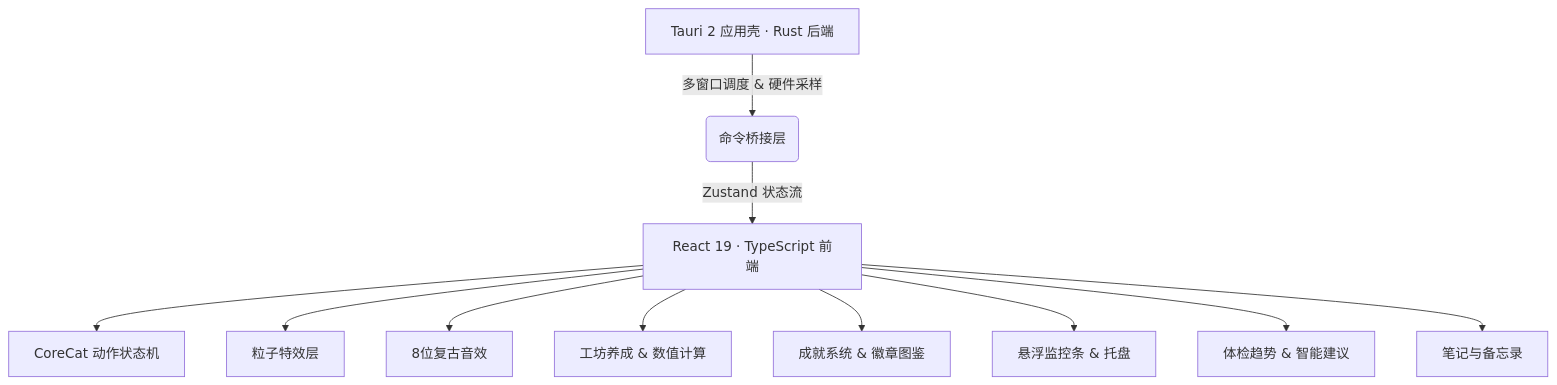
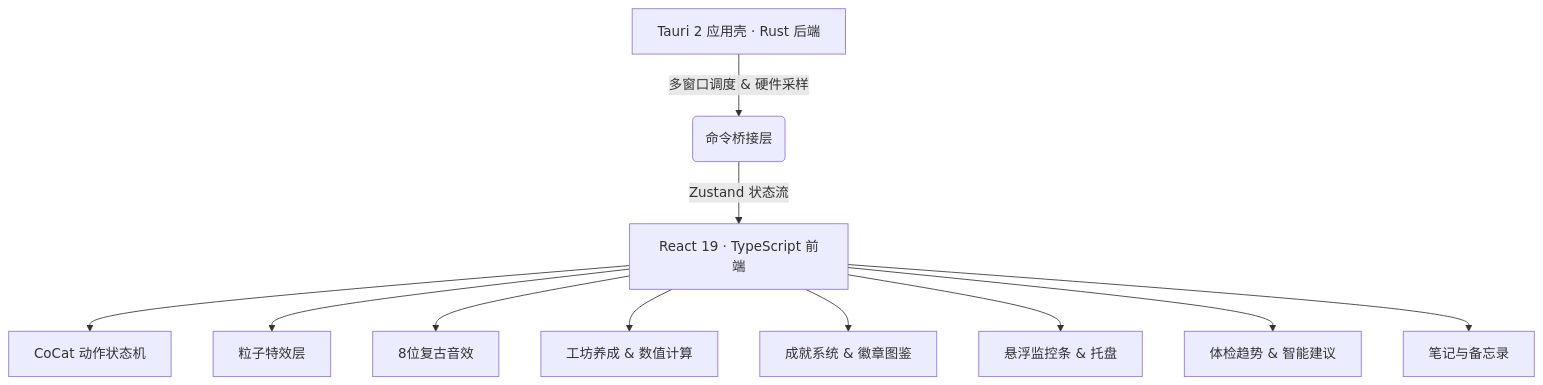
The diagram in README.md (FiveDayZ/CoworkPal), drawn with Mermaid before and after one commit. The commit also changed other lines of this file and 184 other files, not shown here.

First line of the commit message:
refactor: CoreCat → CoCat 全局重命名

````diff
--- a/README.md
+++ b/README.md
@@ -351,13 +351,13 @@
 ```mermaid
 graph TD
     A[Tauri 2 应用壳 · Rust 后端] -->|多窗口调度 & 硬件采样| B(命令桥接层)
     B -->|Zustand 状态流| C[React 19 · TypeScript 前端]
-    C --> D[CoreCat 动作状态机]
+    C --> D[CoCat 动作状态机]
     C --> E[粒子特效层]
     C --> F[8位复古音效]
     C --> G[工坊养成 & 数值计算]
     C --> H[成就系统 & 徽章图鉴]
     C --> I[悬浮监控条 & 托盘]
     C --> J[体检趋势 & 智能建议]
     C --> K[笔记与备忘录]
 ```
````
